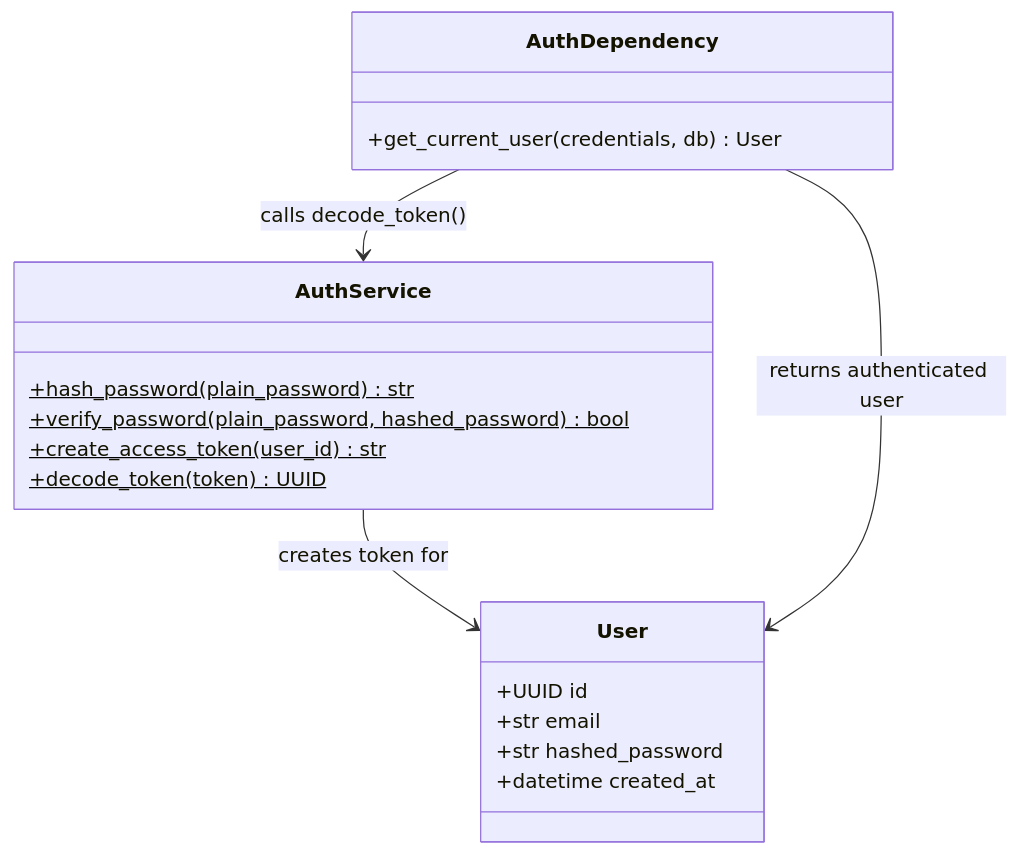
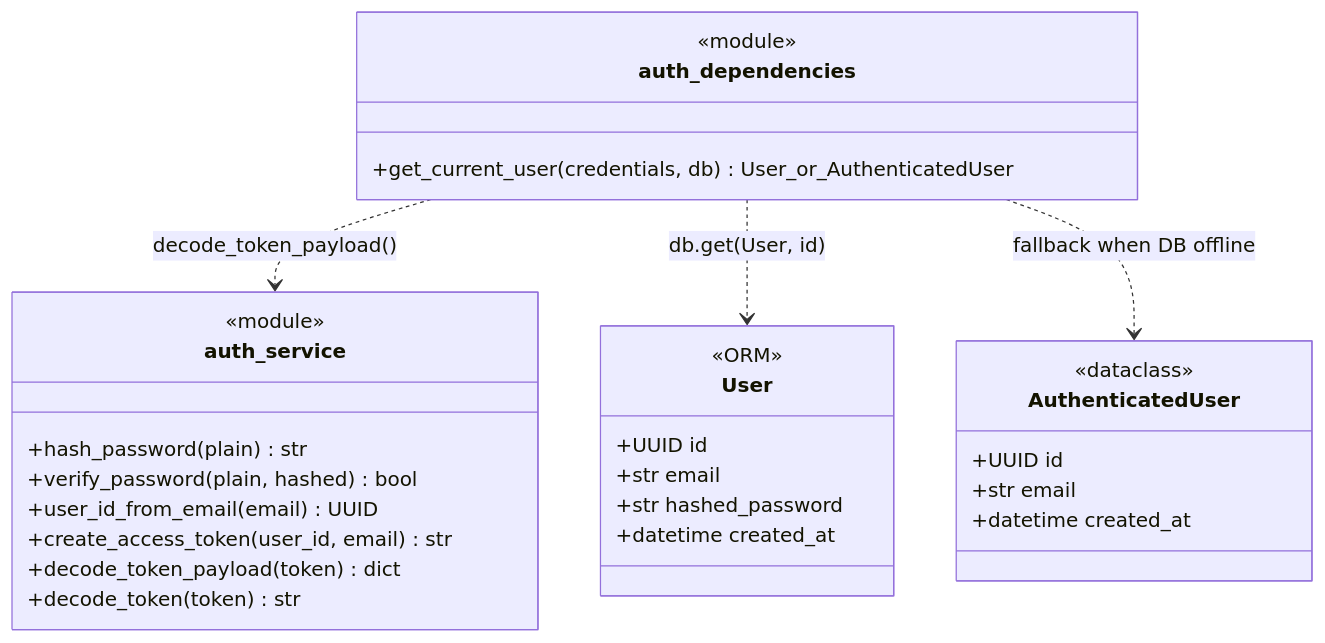
One commit to quanpro147/Spend-Sense-AI changed diagram 13 of 14 in docs/SAD.md. Above: the diagram before and after it, drawn with Mermaid. The commit also changed other lines of this file, not shown here.

````diff
--- a/docs/SAD.md
+++ b/docs/SAD.md
@@ -857,24 +975,36 @@
 ```mermaid
 classDiagram
+    class auth_service {
+        <<module>>
+        +hash_password(plain) str
+        +verify_password(plain, hashed) bool
+        +user_id_from_email(email) UUID
+        +create_access_token(user_id, email) str
+        +decode_token_payload(token) dict
+        +decode_token(token) str
+    }
+
+    class auth_dependencies {
+        <<module>>
+        +get_current_user(credentials, db) User_or_AuthenticatedUser
+    }
+
+    class AuthenticatedUser {
+        <<dataclass>>
+        +UUID id
+        +str email
+        +datetime created_at
+    }
+
     class User {
+        <<ORM>>
         +UUID id
         +str email
         +str hashed_password
         +datetime created_at
     }
 
-    class AuthService {
-        +hash_password(plain_password) str$
-        +verify_password(plain_password, hashed_password) bool$
-        +create_access_token(user_id) str$
-        +decode_token(token) UUID$
-    }
-
-    class AuthDependency {
-        +get_current_user(credentials, db) User
-    }
-
-    AuthService --> User : creates token for
-    AuthDependency --> AuthService : calls decode_token()
-    AuthDependency --> User : returns authenticated user
+    auth_dependencies ..> auth_service : decode_token_payload()
+    auth_dependencies ..> User : db.get(User, id)
+    auth_dependencies ..> AuthenticatedUser : fallback when DB offline
 ```
````
